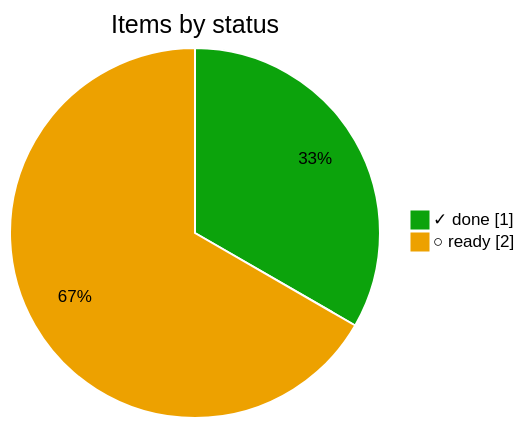
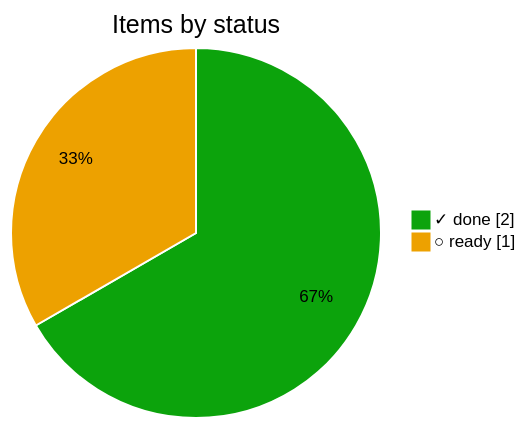
Before and after one commit to bvraghav/pmtrack: the diagram in docs/core.md, drawn with Mermaid. The commit also changed other lines of this file and 5 other files, not shown here.

````diff
--- a/docs/core.md
+++ b/docs/core.md
@@ -18,6 +18,6 @@
 ```mermaid
 %%{init: {"themeVariables": {"pie1": "#0ca30c", "pie2": "#eda100", "pieOpacity": "1", "pieSectionTextColor": "#000", "pieStrokeColor": "#fff", "pieStrokeWidth": "2px", "pieOuterStrokeWidth": "0px"}}}%%
 pie showData title Items by status
-  "✓ done" : 1
-  "○ ready" : 2
+  "✓ done" : 2
+  "○ ready" : 1
 ```
````
